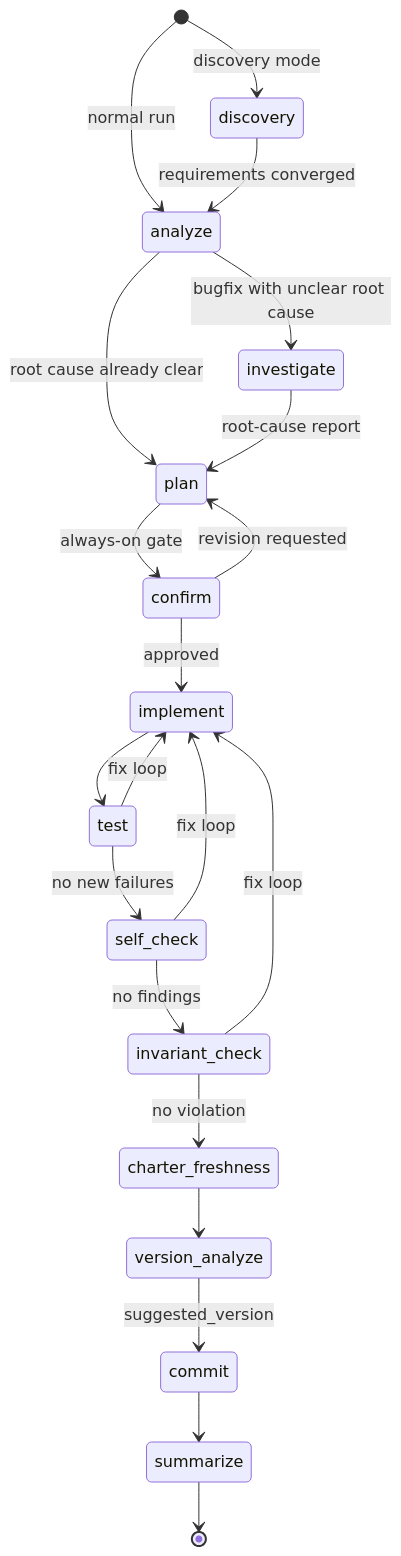
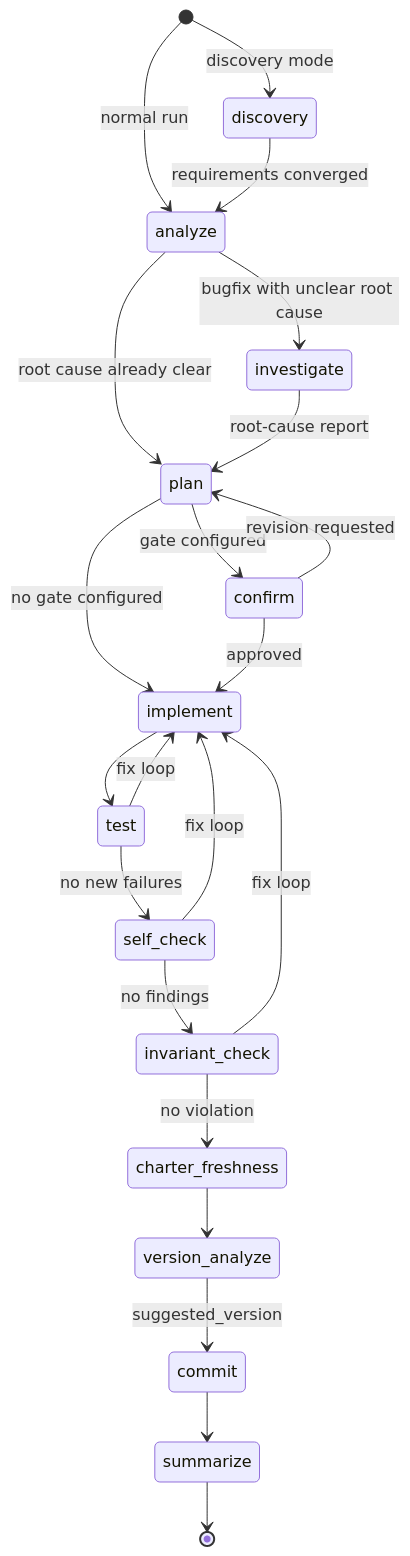
One commit to CoREse/se3 changed the diagram in README.md. Above: the diagram before and after it, drawn with Mermaid. The commit also changed other lines of this file and 5 other files, not shown here.

````diff
--- a/README.md
+++ b/README.md
@@ -227,29 +227,30 @@
 ```mermaid
 stateDiagram-v2
     direction TB
 
     [*] --> discovery: discovery mode
     [*] --> analyze: normal run
     discovery --> analyze: requirements converged
 
     analyze --> investigate: bugfix with unclear root cause
     analyze --> plan: root cause already clear
     investigate --> plan: root-cause report
 
-    plan --> confirm: always-on gate
+    plan --> confirm: gate configured
+    plan --> implement: no gate configured
     confirm --> plan: revision requested
     confirm --> implement: approved
 
     implement --> test
     test --> self_check: no new failures
     self_check --> invariant_check: no findings
     invariant_check --> charter_freshness: no violation
     charter_freshness --> version_analyze
     version_analyze --> commit: suggested_version
     commit --> summarize
     summarize --> [*]
 
     test --> implement: fix loop
     self_check --> implement: fix loop
     invariant_check --> implement: fix loop
 ```
````
